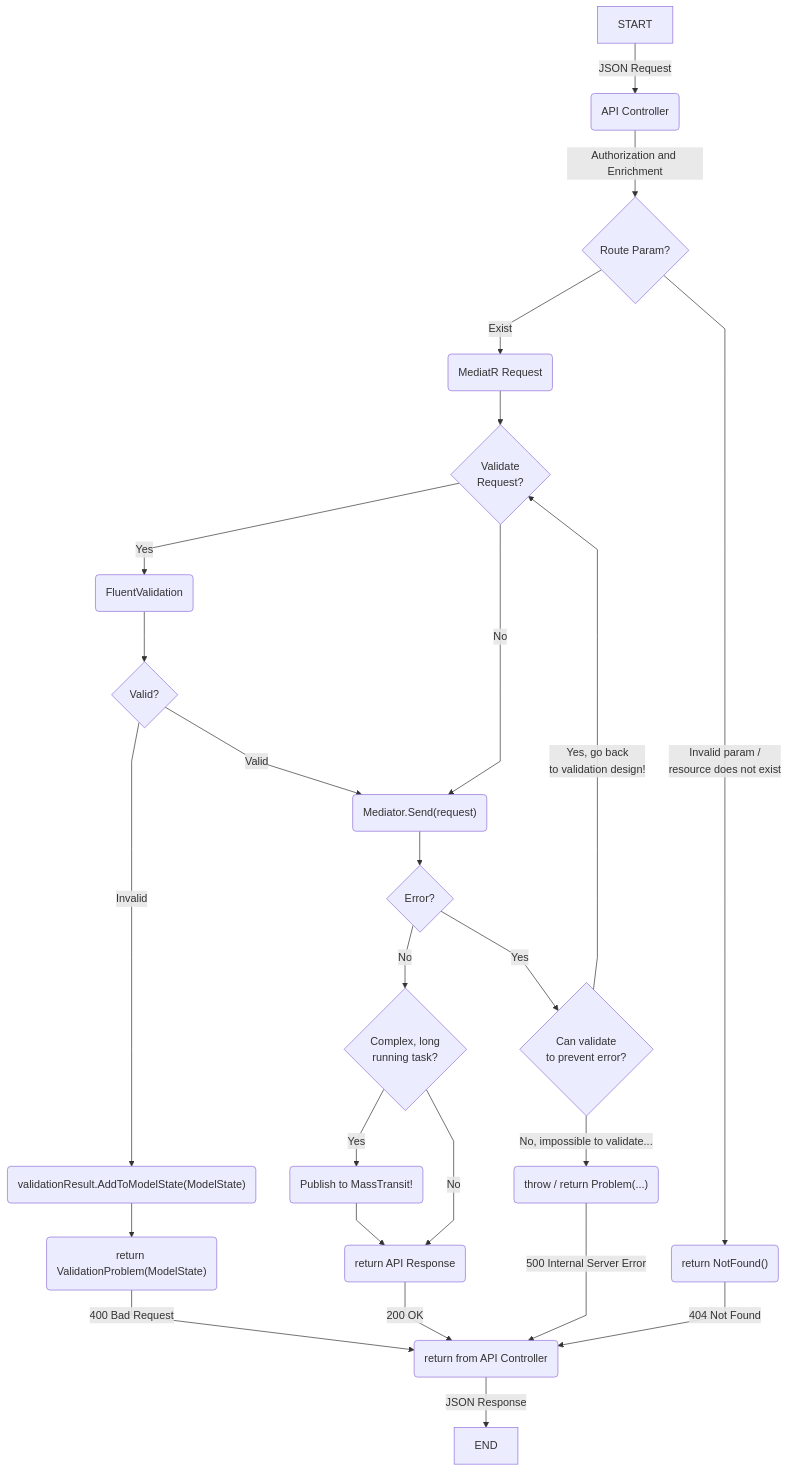
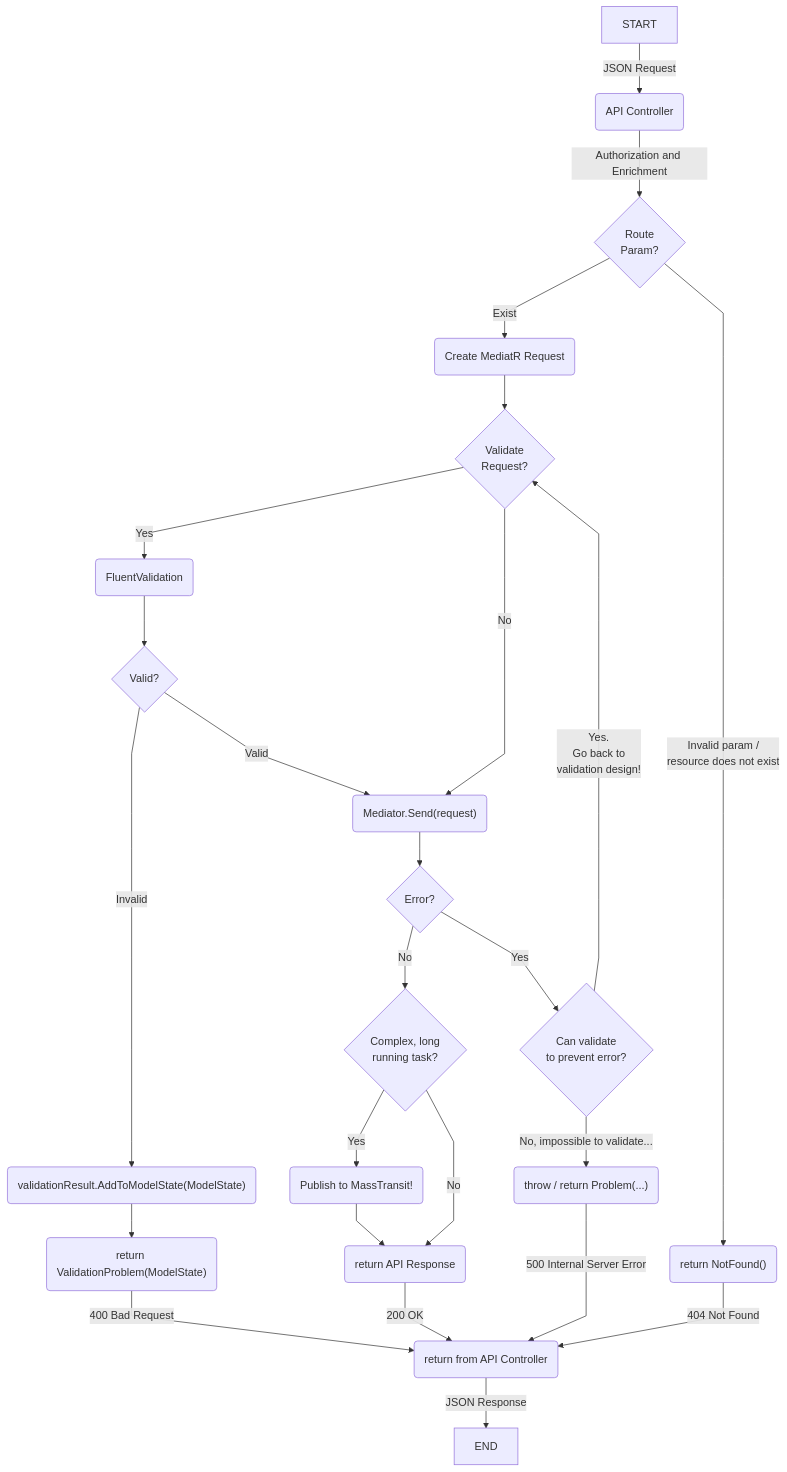
The diagram in README.md (accelist/Accelist.WebApiStandard), drawn with Mermaid before and after one commit.

````diff
--- a/README.md
+++ b/README.md
@@ -68,28 +68,28 @@
 ```mermaid
 %%{init: {'flowchart' : {'curve' : 'linear'}}}%%
 graph TD
     START --> |JSON Request| A(API Controller)
-    A --> |Authorization and Enrichment| R{Route Param?}
-    R --> |Exist| B(MediatR Request)
+    A --> |Authorization and Enrichment| R{Route<br/>Param?}
+    R --> |Exist| B(Create MediatR Request)
     R --> |Invalid param / <br/> resource does not exist| R404("return NotFound()")
     R404 --> |404 Not Found| BACK
     B --> C{Validate<br/>Request?}
     C --> |Yes| D1(FluentValidation)
     C --> |No| F2
     D1 --> E{Valid?}
     E --> |Invalid| F400("validationResult.AddToModelState(ModelState)")
     E --> |Valid| F2
     F400 --> G400("return ValidationProblem(ModelState)")
     G400 --> |400 Bad Request| BACK
     F2("Mediator.Send(request)") --> G{Error?}
     G --> |No| H{Complex, long<br/>running task?}
     G --> |Yes| H500{Can validate<br/>to prevent error?}
     H --> |Yes| KRabbit("Publish to MassTransit!")
     KRabbit --> L200
     H --> |No| L200
     L200("return API Response") --> |200 OK|BACK
-    H500 --> |Yes, go back <br/> to validation design!|C
+    H500 --> |Yes.<br/>Go back to<br/>validation design!|C
     H500 --> |No, impossible to validate...|I500("throw / return Problem(...)")
     I500 --> |500 Internal Server Error| BACK
     BACK(return from API Controller) --> |JSON Response| END
 ```
````
